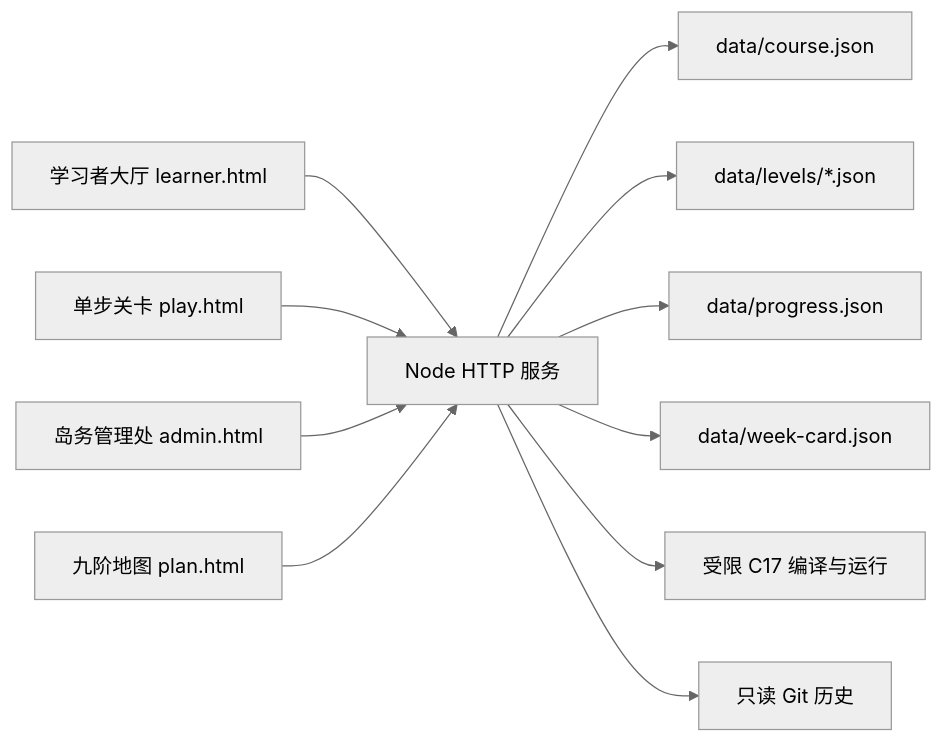
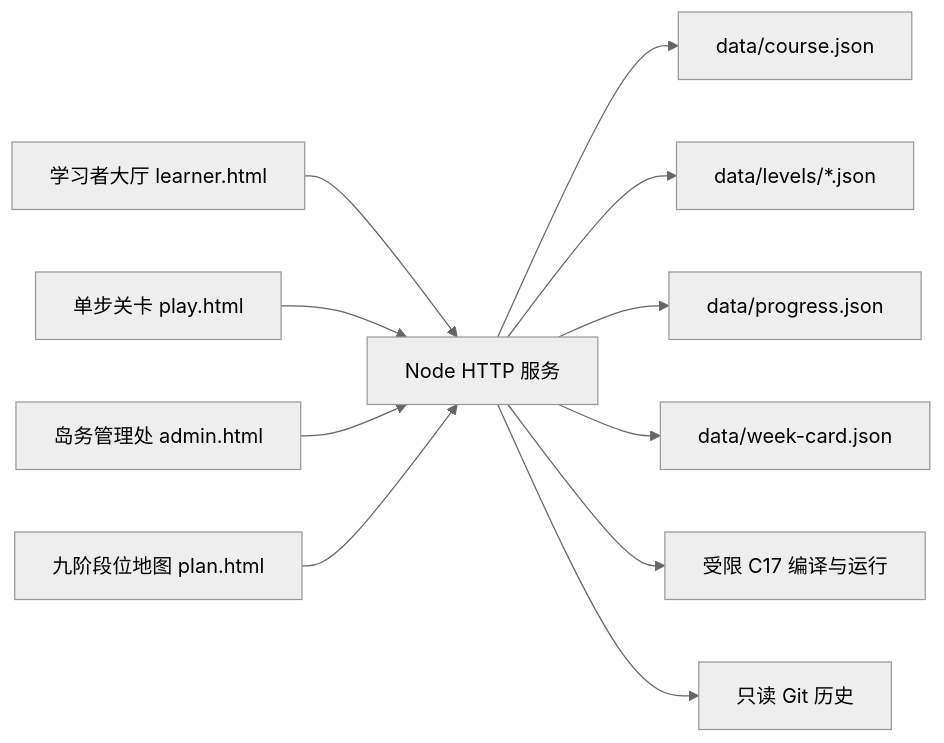
One commit to Mahoo12138/eggy-learning changed the diagram in Node零依赖改造方案.md. Above: the diagram before and after it, drawn with Mermaid (neutral theme). The commit also changed other lines of this file and 6 other files, not shown here.

````diff
--- a/Node零依赖改造方案.md
+++ b/Node零依赖改造方案.md
@@ -25,13 +25,13 @@
 ```mermaid
 flowchart LR
   L[学习者大厅 learner.html] --> H[Node HTTP 服务]
   P[单步关卡 play.html] --> H
   A[岛务管理处 admin.html] --> H
-  M[九阶地图 plan.html] --> H
+  M[九阶段位地图 plan.html] --> H
   H --> C[data/course.json]
   H --> D[data/levels/*.json]
   H --> R[data/progress.json]
   H --> W[data/week-card.json]
   H --> X[受限 C17 编译与运行]
   H --> G[只读 Git 历史]
 ```
````
